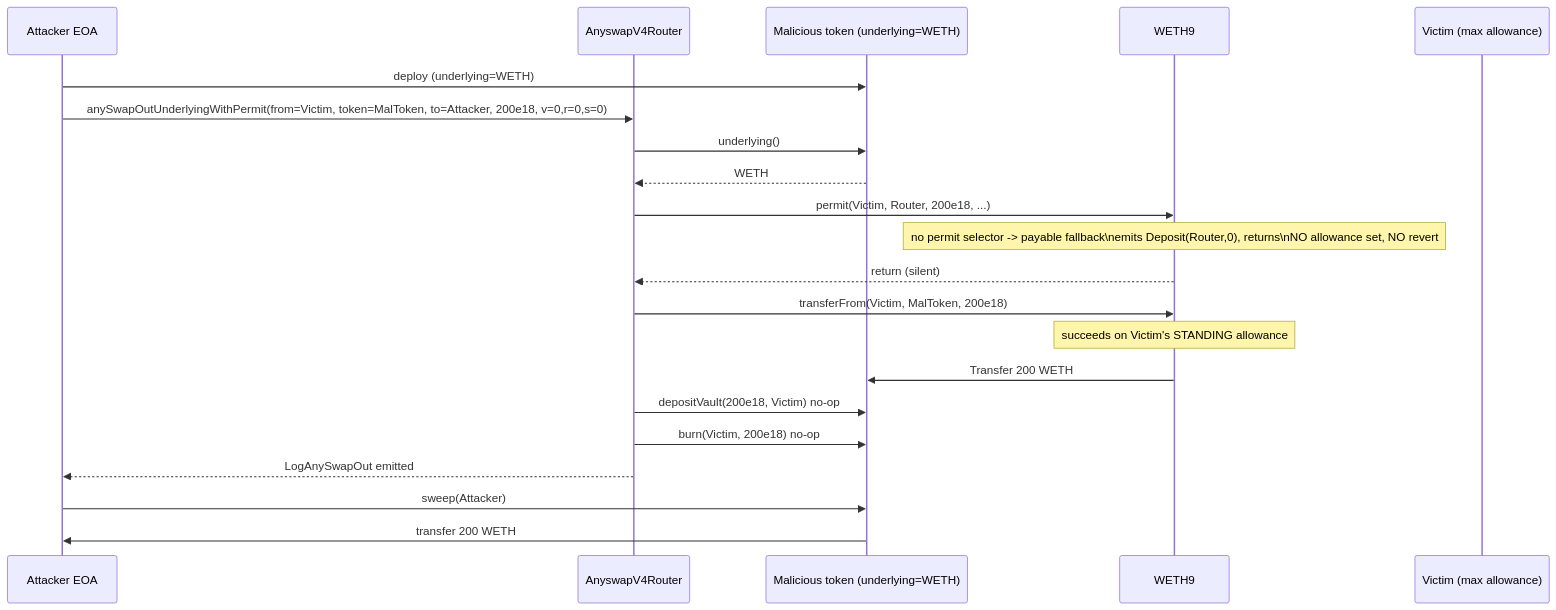
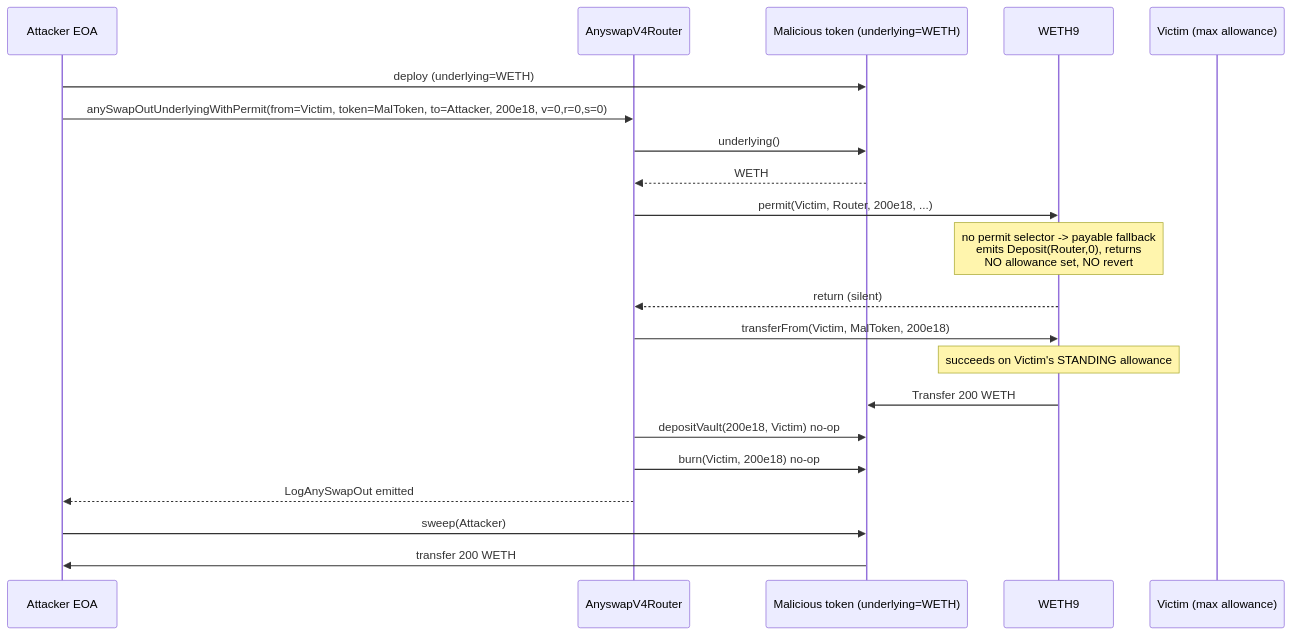
Before and after one commit to sanbir/evm-hack-registry: the first of 2 diagrams in 2025-07-AnyswapWETHPermit_exp/AnyswapWETHPermit_exp.md, drawn with Mermaid. The commit also changed other lines of this file and 280 other files, not shown here.

Commit message:
mermaid fixes

````diff
--- a/2025-07-AnyswapWETHPermit_exp/AnyswapWETHPermit_exp.md
+++ b/2025-07-AnyswapWETHPermit_exp/AnyswapWETHPermit_exp.md
@@ -130,24 +130,24 @@
 ```mermaid
 sequenceDiagram
     participant Attacker as Attacker EOA
     participant Router as AnyswapV4Router
     participant MalToken as Malicious token (underlying=WETH)
     participant WETH as WETH9
     participant Victim as Victim (max allowance)
 
     Attacker->>MalToken: deploy (underlying=WETH)
     Attacker->>Router: anySwapOutUnderlyingWithPermit(from=Victim, token=MalToken, to=Attacker, 200e18, v=0,r=0,s=0)
     Router->>MalToken: underlying()
     MalToken-->>Router: WETH
     Router->>WETH: permit(Victim, Router, 200e18, ...)
-    Note over WETH: no permit selector -> payable fallback\nemits Deposit(Router,0), returns\nNO allowance set, NO revert
+    Note over WETH: no permit selector -> payable fallback<br/>emits Deposit(Router,0), returns<br/>NO allowance set, NO revert
     WETH-->>Router: return (silent)
     Router->>WETH: transferFrom(Victim, MalToken, 200e18)
     Note over WETH: succeeds on Victim's STANDING allowance
     WETH->>MalToken: Transfer 200 WETH
     Router->>MalToken: depositVault(200e18, Victim)  no-op
     Router->>MalToken: burn(Victim, 200e18)  no-op
     Router-->>Attacker: LogAnySwapOut emitted
     Attacker->>MalToken: sweep(Attacker)
     MalToken->>Attacker: transfer 200 WETH
 ```
````
